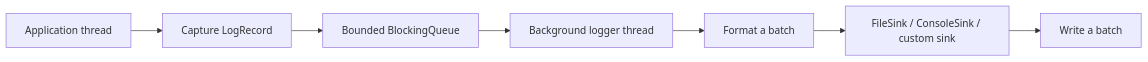
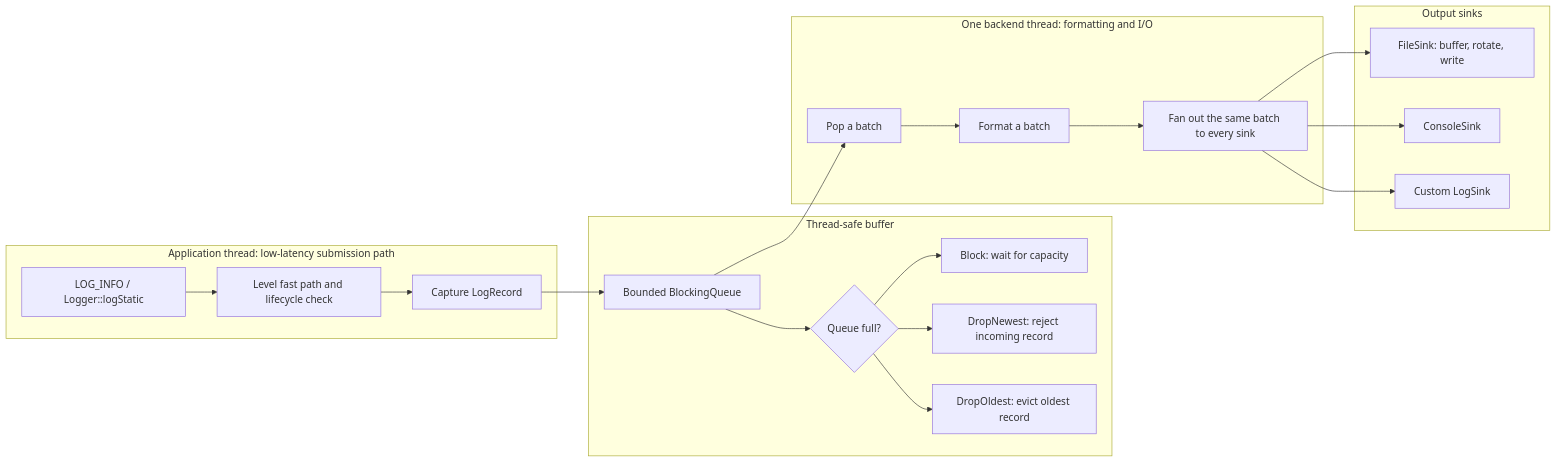
Before and after one commit to qxf-72/cpp_logger: the first of 2 diagrams in README_EN.md, drawn with Mermaid. The commit also changed other lines of this file and 1 other file, not shown here.

````diff
--- a/README_EN.md
+++ b/README_EN.md
@@ -143,9 +143,37 @@
 ```mermaid
 flowchart LR
-    P[Application thread] --> R[Capture LogRecord]
-    R --> Q[Bounded BlockingQueue]
-    Q --> W[Background logger thread]
-    W --> F[Format a batch]
-    F --> S[FileSink / ConsoleSink / custom sink]
-    S --> D[Write a batch]
+    subgraph Frontend[Application thread: low-latency submission path]
+        P[LOG_INFO / Logger::logStatic]
+        L[Level fast path and lifecycle check]
+        R[Capture LogRecord]
+        P --> L --> R
+    end
+
+    subgraph Buffer[Thread-safe buffer]
+        Q[Bounded BlockingQueue]
+        O{Queue full?}
+        B[Block: wait for capacity]
+        N[DropNewest: reject incoming record]
+        E[DropOldest: evict oldest record]
+        R --> Q --> O
+        O --> B
+        O --> N
+        O --> E
+    end
+
+    subgraph Backend[One backend thread: formatting and I/O]
+        W[Pop a batch]
+        F[Format a batch]
+        S[Fan out the same batch to every sink]
+        Q --> W --> F --> S
+    end
+
+    subgraph Sinks[Output sinks]
+        FS[FileSink: buffer, rotate, write]
+        CS[ConsoleSink]
+        XS[Custom LogSink]
+        S --> FS
+        S --> CS
+        S --> XS
+    end
 ```
````
